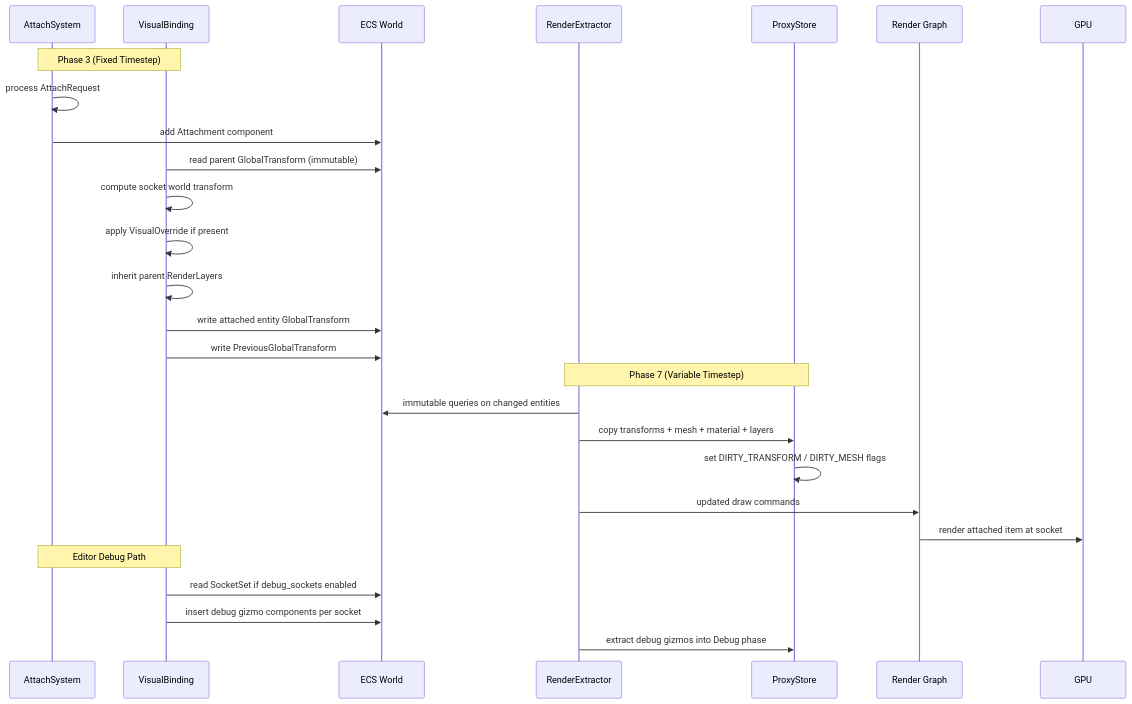
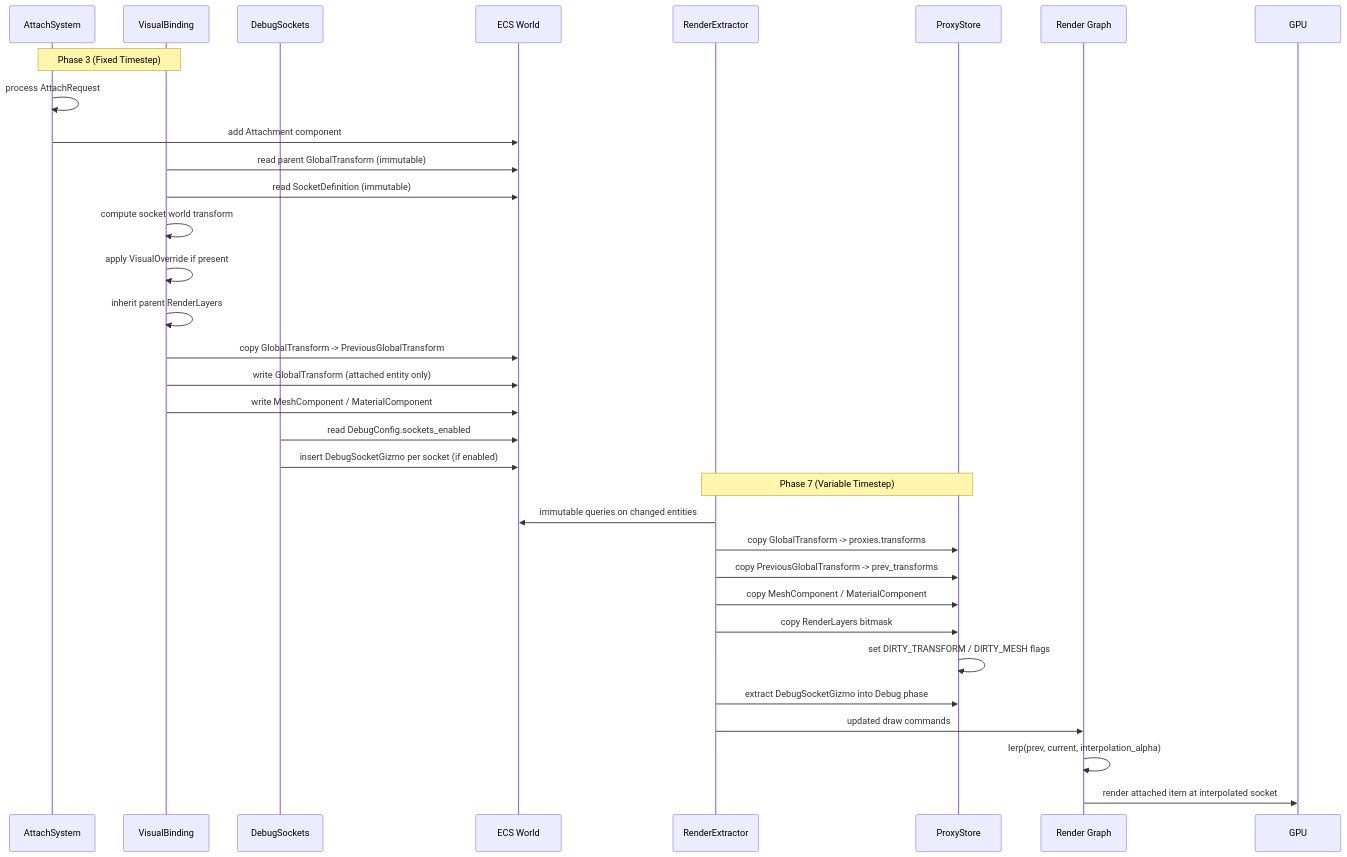
Before and after one commit to harmonius-dev/harmonius: the second of 2 diagrams in docs/design/integration/containers-slots-rendering.md, drawn with Mermaid. The commit also changed other lines of this file and 109 other files, not shown here.

````diff
--- a/docs/design/integration/containers-slots-rendering.md
+++ b/docs/design/integration/containers-slots-rendering.md
@@ -109,32 +201,37 @@
 ```mermaid
 sequenceDiagram
     participant AT as AttachSystem
     participant VB as VisualBinding
+    participant DS as DebugSockets
     participant ECS as ECS World
     participant EXT as RenderExtractor
     participant PS as ProxyStore
     participant RG as Render Graph
     participant GPU as GPU
 
     Note over AT,VB: Phase 3 (Fixed Timestep)
     AT->>AT: process AttachRequest
     AT->>ECS: add Attachment component
     VB->>ECS: read parent GlobalTransform (immutable)
+    VB->>ECS: read SocketDefinition (immutable)
     VB->>VB: compute socket world transform
     VB->>VB: apply VisualOverride if present
     VB->>VB: inherit parent RenderLayers
-    VB->>ECS: write attached entity GlobalTransform
-    VB->>ECS: write PreviousGlobalTransform
+    VB->>ECS: copy GlobalTransform -> PreviousGlobalTransform
+    VB->>ECS: write GlobalTransform (attached entity only)
+    VB->>ECS: write MeshComponent / MaterialComponent
+    DS->>ECS: read DebugConfig.sockets_enabled
+    DS->>ECS: insert DebugSocketGizmo per socket (if enabled)
 
     Note over EXT,PS: Phase 7 (Variable Timestep)
     EXT->>ECS: immutable queries on changed entities
-    EXT->>PS: copy transforms + mesh + material + layers
+    EXT->>PS: copy GlobalTransform -> proxies.transforms
+    EXT->>PS: copy PreviousGlobalTransform -> prev_transforms
+    EXT->>PS: copy MeshComponent / MaterialComponent
+    EXT->>PS: copy RenderLayers bitmask
     PS->>PS: set DIRTY_TRANSFORM / DIRTY_MESH flags
+    EXT->>PS: extract DebugSocketGizmo into Debug phase
     EXT->>RG: updated draw commands
-    RG->>GPU: render attached item at socket
-
-    Note over AT,VB: Editor Debug Path
-    VB->>ECS: read SocketSet if debug_sockets enabled
-    VB->>ECS: insert debug gizmo components per socket
-    EXT->>PS: extract debug gizmos into Debug phase
+    RG->>RG: lerp(prev, current, interpolation_alpha)
+    RG->>GPU: render attached item at interpolated socket
 ```
````
